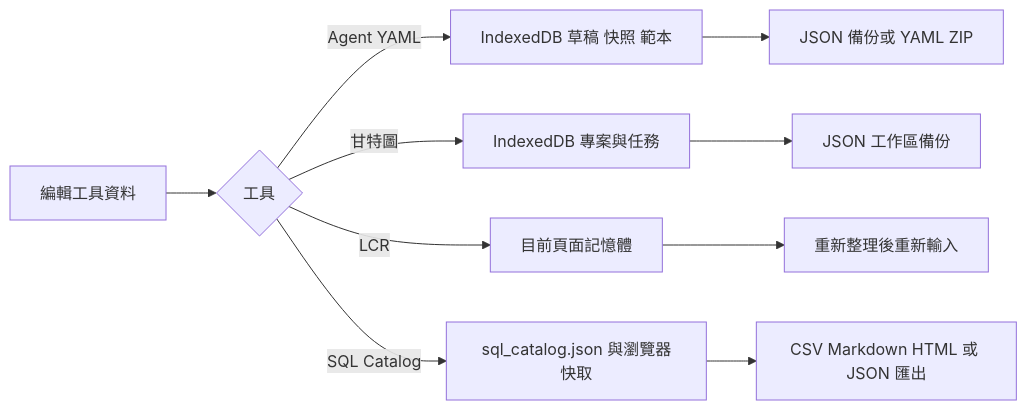
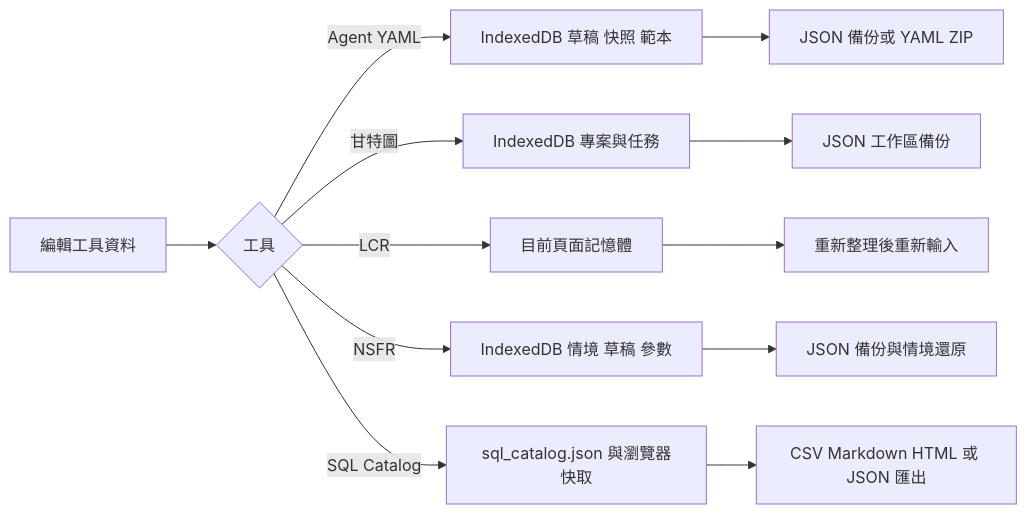
The sixth of 6 diagrams in README.md (DunkLiao/my-spa-tools), drawn with Mermaid before and after one commit. The commit also changed other lines of this file and 2 other files, not shown here.

First line of the commit message:
Add NSFR mapping SPA tool and update README

````diff
--- a/README.md
+++ b/README.md
@@ -201,12 +240,14 @@
 ```mermaid
 flowchart LR
     A[編輯工具資料] --> B{工具}
     B -->|Agent YAML| C[IndexedDB 草稿 快照 範本]
     B -->|甘特圖| D[IndexedDB 專案與任務]
     B -->|LCR| E[目前頁面記憶體]
+    B -->|NSFR| K[IndexedDB 情境 草稿 參數]
     B -->|SQL Catalog| I[sql_catalog.json 與瀏覽器快取]
     C --> F[JSON 備份或 YAML ZIP]
     D --> G[JSON 工作區備份]
     E --> H[重新整理後重新輸入]
+    K --> L[JSON 備份與情境還原]
     I --> J[CSV Markdown HTML 或 JSON 匯出]
 ```
````
